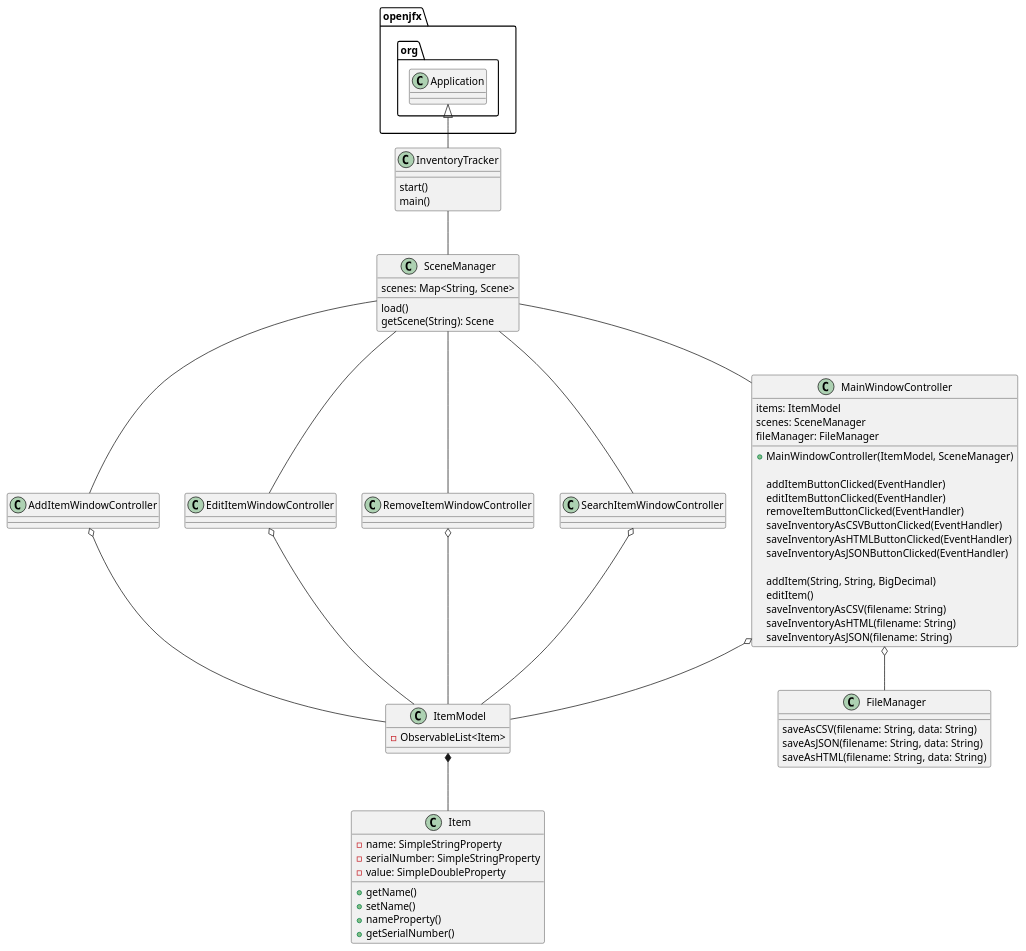
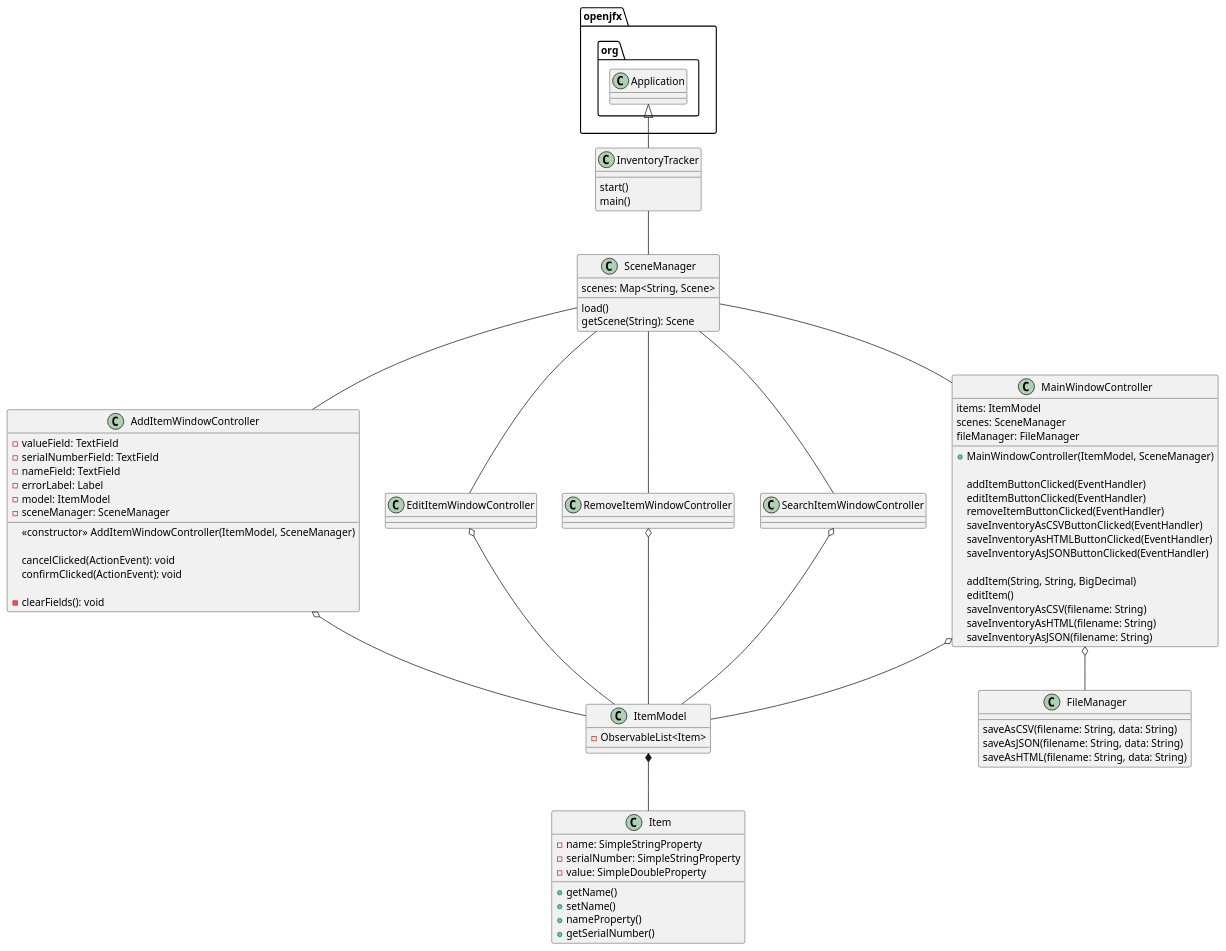
Before and after one commit to GSabiniPanini/Assignment5: the diagram in uml/Assignment5.puml, drawn with PlantUML. The commit also changed 3 other files, not shown here.

```diff
--- a/uml/Assignment5.puml
+++ b/uml/Assignment5.puml
@@ -1,83 +1,96 @@
 @startuml
 
 class InventoryTracker {
     start()
     main()
 }
 
 class SceneManager {
     scenes: Map<String, Scene>
 
     load()
     getScene(String): Scene
 }
 
 class MainWindowController {
     items: ItemModel
     scenes: SceneManager
     fileManager: FileManager
 
     + MainWindowController(ItemModel, SceneManager)
 
     addItemButtonClicked(EventHandler)
     editItemButtonClicked(EventHandler)
     removeItemButtonClicked(EventHandler)
     saveInventoryAsCSVButtonClicked(EventHandler)
     saveInventoryAsHTMLButtonClicked(EventHandler)
     saveInventoryAsJSONButtonClicked(EventHandler)
 
     addItem(String, String, BigDecimal)
     editItem()
     saveInventoryAsCSV(filename: String)
     saveInventoryAsHTML(filename: String)
     saveInventoryAsJSON(filename: String)
 }
 
 class AddItemWindowController {
+    - valueField: TextField
+    - serialNumberField: TextField
+    - nameField: TextField
+    - errorLabel: Label
+    - model: ItemModel
+    - sceneManager: SceneManager
+
+    <<constructor>> AddItemWindowController(ItemModel, SceneManager)
+
+    cancelClicked(ActionEvent): void
+    confirmClicked(ActionEvent): void
+
+    - clearFields(): void
 }
 
 class EditItemWindowController {
 }
 
 class RemoveItemWindowController {
 }
 
 class SearchItemWindowController {
 }
 
 class ItemModel {
     - ObservableList<Item>
 }
 
 class Item {
     - name: SimpleStringProperty
     - serialNumber: SimpleStringProperty
     - value: SimpleDoubleProperty
 
     + getName()
     + setName()
     + nameProperty()
     + getSerialNumber()
 }
 
 class FileManager {
     saveAsCSV(filename: String, data: String)
     saveAsJSON(filename: String, data: String)
     saveAsHTML(filename: String, data: String)
 }
 
 openjfx.org.Application <|-- InventoryTracker
 InventoryTracker -- SceneManager
 SceneManager -- MainWindowController
 SceneManager -- AddItemWindowController
 SceneManager -- EditItemWindowController
 SceneManager -- RemoveItemWindowController
 SceneManager -- SearchItemWindowController
 MainWindowController o-- ItemModel
 AddItemWindowController o-- ItemModel
 EditItemWindowController o-- ItemModel
 RemoveItemWindowController o-- ItemModel
 SearchItemWindowController o-- ItemModel
 ItemModel *-- Item
 MainWindowController o-- FileManager
 @enduml
```
